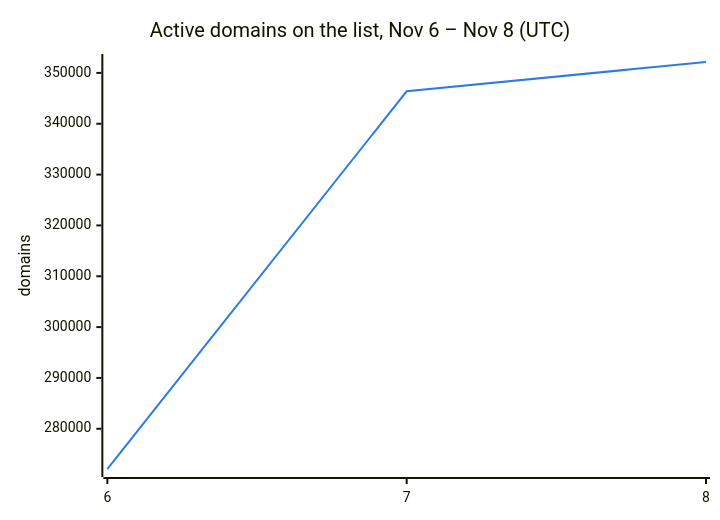
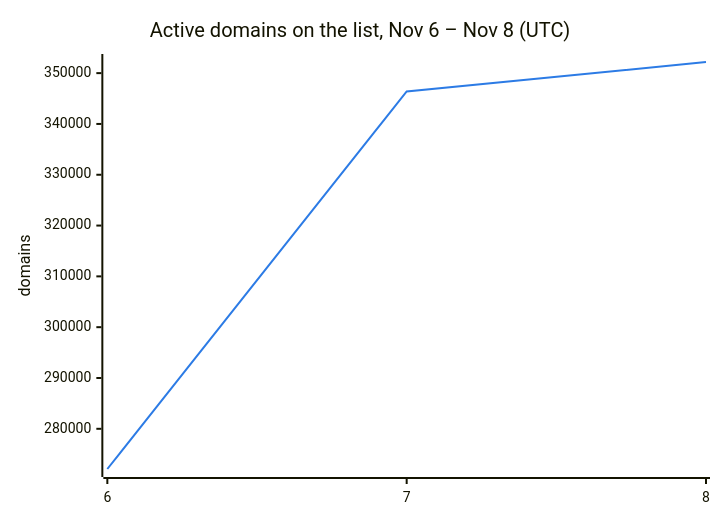
The second of 3 diagrams in README.md (DNSBunker/CTI), drawn with Mermaid before and after one commit. The commit also changed other lines of this file and 3 other files, not shown here.

````diff
--- a/README.md
+++ b/README.md
@@ -38,8 +38,8 @@
 ```mermaid
 %%{init: {"themeVariables": {"xyChart": {"plotColorPalette": "#2c7be5"}}}}%%
 xychart-beta
     title "Active domains on the list, Nov 6 – Nov 8 (UTC)"
     x-axis ["6", "7", "8"]
     y-axis "domains"
-    line [272088, 346388, 352145]
+    line [272088, 346388, 352191]
 ```
````
